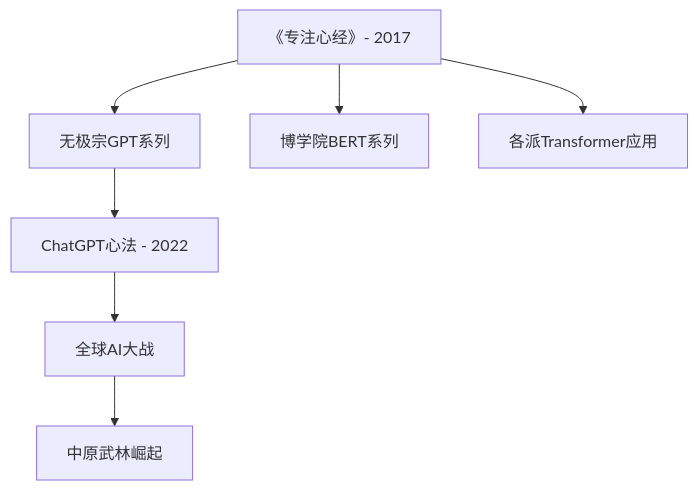
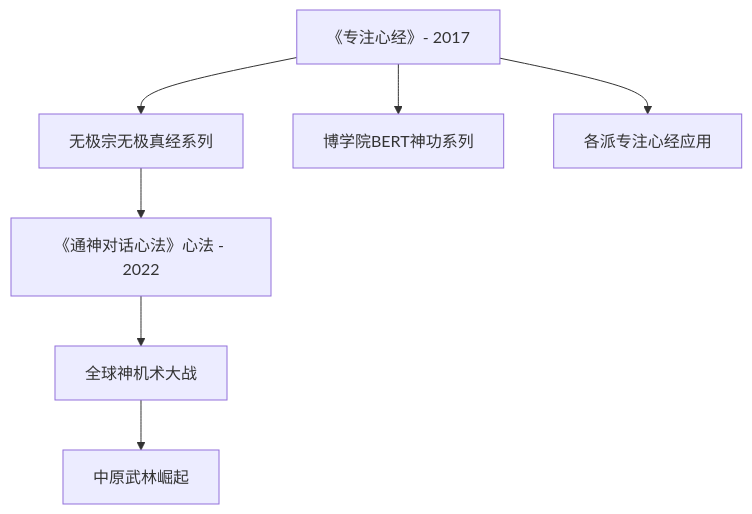
The diagram in src/人物关系图谱.md (BinaryRisker/llm_wuxia), drawn with Mermaid before and after one commit. The commit also changed other lines of this file and 81 other files, not shown here.

````diff
--- a/src/人物关系图谱.md
+++ b/src/人物关系图谱.md
@@ -49,10 +49,10 @@
 ```mermaid
 graph TB
-    A[《专注心经》- 2017] --> B[无极宗GPT系列]
-    A --> C[博学院BERT系列]
-    A --> D[各派Transformer应用]
+    A[《专注心经》- 2017] --> B[无极宗无极真经系列]
+    A --> C[博学院BERT神功系列]
+    A --> D[各派专注心经应用]
     
-    B --> E[ChatGPT心法 - 2022]
-    E --> F[全球AI大战]
+    B --> E[《通神对话心法》心法 - 2022]
+    E --> F[全球神机术大战]
     F --> G[中原武林崛起]
 ```
````
